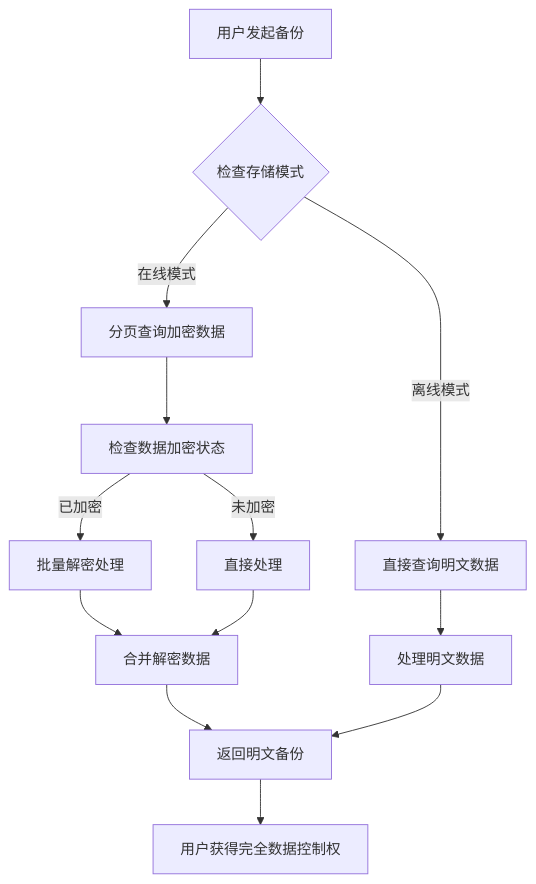
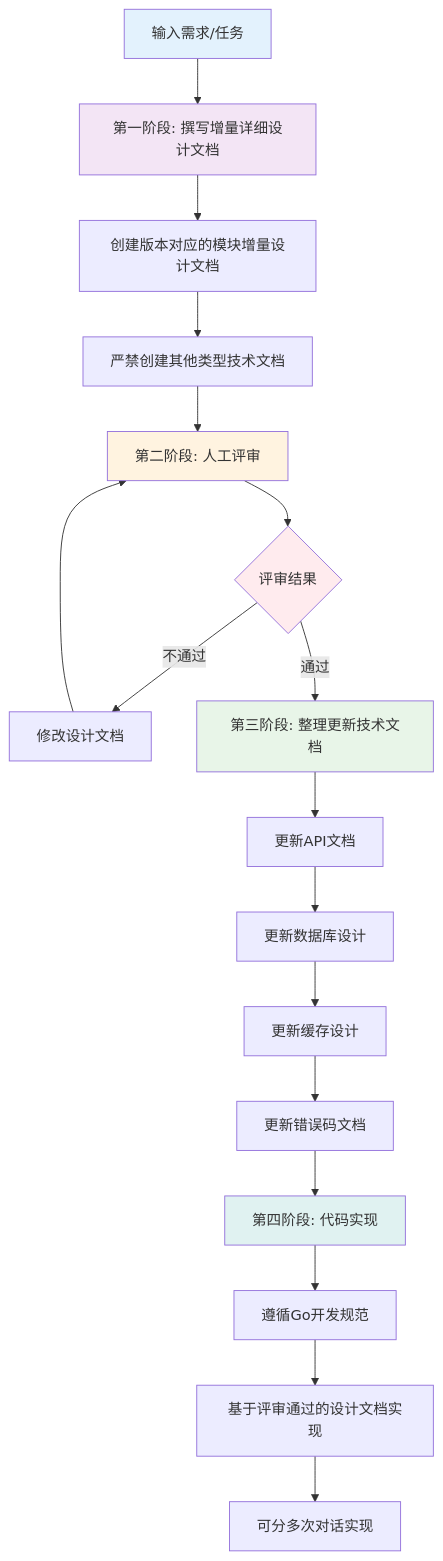
Before and after one commit to yingjianzh/iodraw-files: the diagram in all/未命名-1.md, drawn with Mermaid.

Commit message:
2025-10-22 17:35:56 update

````diff
--- a/all/未命名-1.md
+++ b/all/未命名-1.md
@@ -1,20 +1,28 @@
 ```mermaid
+
 flowchart TD
-    A[用户发起备份] --> B{检查存储模式}
+    A[输入需求/任务] --> B[第一阶段: 撰写增量详细设计文档]
+    B --> C[创建版本对应的模块增量设计文档]
+    C --> D[严禁创建其他类型技术文档]
+    D --> E[第二阶段: 人工评审]
+    E --> F{评审结果}
+    F -->|不通过| G[修改设计文档]
+    G --> E
+    F -->|通过| H[第三阶段: 整理更新技术文档]
+    H --> I[更新API文档]
+    I --> J[更新数据库设计]
+    J --> K[更新缓存设计]
+    K --> L[更新错误码文档]
+    L --> M[第四阶段: 代码实现]
+    M --> N[遵循Go开发规范]
+    N --> O[基于评审通过的设计文档实现]
+    O --> P[可分多次对话实现]
     
-    B -->|在线模式| C[分页查询加密数据]
-    B -->|离线模式| D[直接查询明文数据]
-    
-    C --> E[检查数据加密状态]
-    E -->|已加密| F[批量解密处理]
-    E -->|未加密| G[直接处理]
-    
-    F --> H[合并解密数据]
-    G --> H
-    D --> I[处理明文数据]
-    
-    H --> J[返回明文备份]
-    I --> J
-    
-    J --> K[用户获得完全数据控制权]
+    style A fill:#e3f2fd
+    style B fill:#f3e5f5
+    style E fill:#fff3e0
+    style F fill:#ffebee
+    style H fill:#e8f5e8
+    style M fill:#e0f2f1
+
 ```
````
